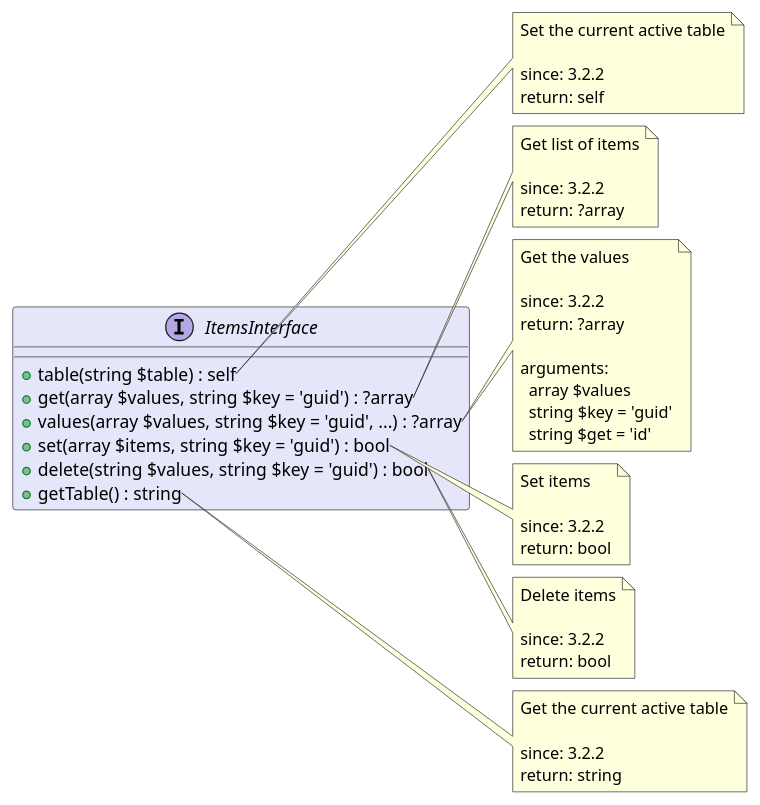
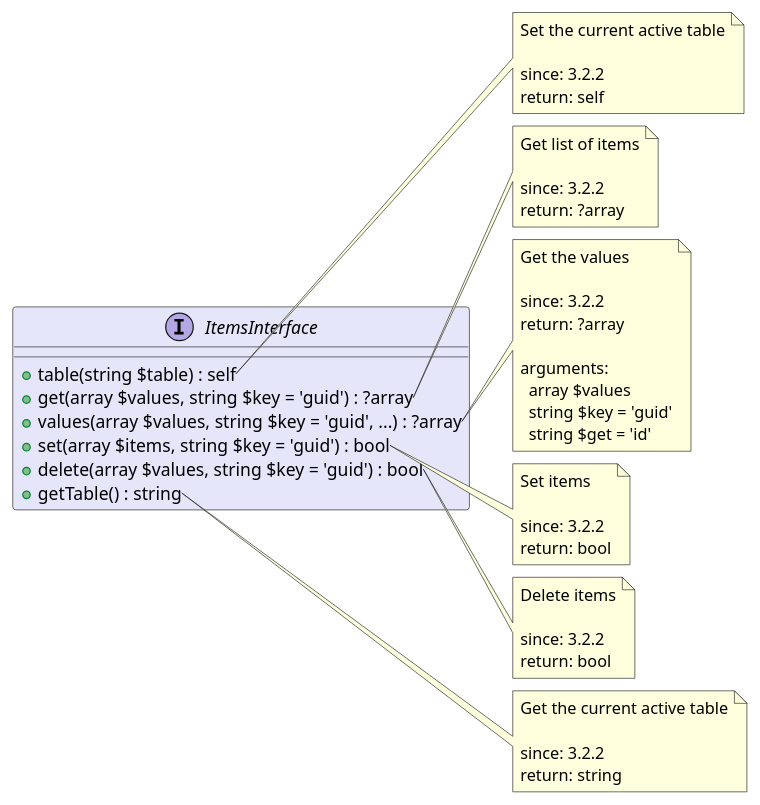
One commit to joomengine/super-powers changed the diagram in src/7212e4db-371f-4cfd-8122-32e9bb100d83/README.md. Above: the diagram before and after it, drawn with PlantUML. The commit also changed 12 other files, not shown here.

````diff
--- a/src/7212e4db-371f-4cfd-8122-32e9bb100d83/README.md
+++ b/src/7212e4db-371f-4cfd-8122-32e9bb100d83/README.md
@@ -12,60 +12,60 @@
 ```uml
 @startuml
 interface ItemsInterface  #Lavender {
   + table(string $table) : self
   + get(array $values, string $key = 'guid') : ?array
   + values(array $values, string $key = 'guid', ...) : ?array
   + set(array $items, string $key = 'guid') : bool
-  + delete(string $values, string $key = 'guid') : bool
+  + delete(array $values, string $key = 'guid') : bool
   + getTable() : string
 }
 
 note right of ItemsInterface::table
   Set the current active table
 
   since: 3.2.2
   return: self
 end note
 
 note right of ItemsInterface::get
   Get list of items
 
   since: 3.2.2
   return: ?array
 end note
 
 note right of ItemsInterface::values
   Get the values
 
   since: 3.2.2
   return: ?array
   
   arguments:
     array $values
     string $key = 'guid'
     string $get = 'id'
 end note
 
 note right of ItemsInterface::set
   Set items
 
   since: 3.2.2
   return: bool
 end note
 
 note right of ItemsInterface::delete
   Delete items
 
   since: 3.2.2
   return: bool
 end note
 
 note right of ItemsInterface::getTable
   Get the current active table
 
   since: 3.2.2
   return: string
 end note
  
 @enduml
 ```
````
